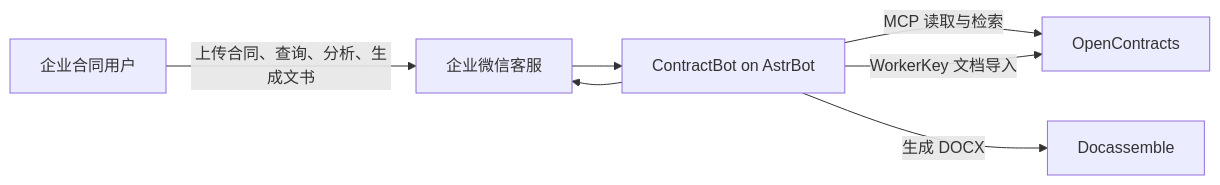
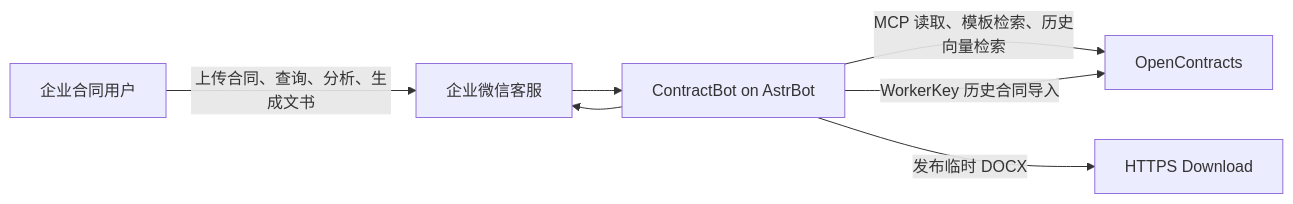
The first of 2 diagrams in docs/architecture/system-context.md (Ri0n72Y/ContractBotConfig), drawn with Mermaid before and after one commit. The commit also changed other lines of this file and 52 other files, not shown here.

Commit message:
Replace Docassemble generation with low-round AI DOCX MVP

````diff
--- a/docs/architecture/system-context.md
+++ b/docs/architecture/system-context.md
@@ -9,15 +11,15 @@
 ```mermaid
 flowchart LR
     User[企业合同用户]
     ContractBot[ContractBot on AstrBot]
     WeCom[企业微信客服]
     OpenContracts[OpenContracts]
-    Docassemble[Docassemble]
+    Download[HTTPS Download]
 
     User -->|上传合同、查询、分析、生成文书| WeCom
     WeCom --> ContractBot
-    ContractBot -->|MCP 读取与检索| OpenContracts
-    ContractBot -->|WorkerKey 文档导入| OpenContracts
-    ContractBot -->|生成 DOCX| Docassemble
+    ContractBot -->|MCP 读取、模板检索、历史向量检索| OpenContracts
+    ContractBot -->|WorkerKey 历史合同导入| OpenContracts
+    ContractBot -->|发布临时 DOCX| Download
     ContractBot --> WeCom
 ```
````
